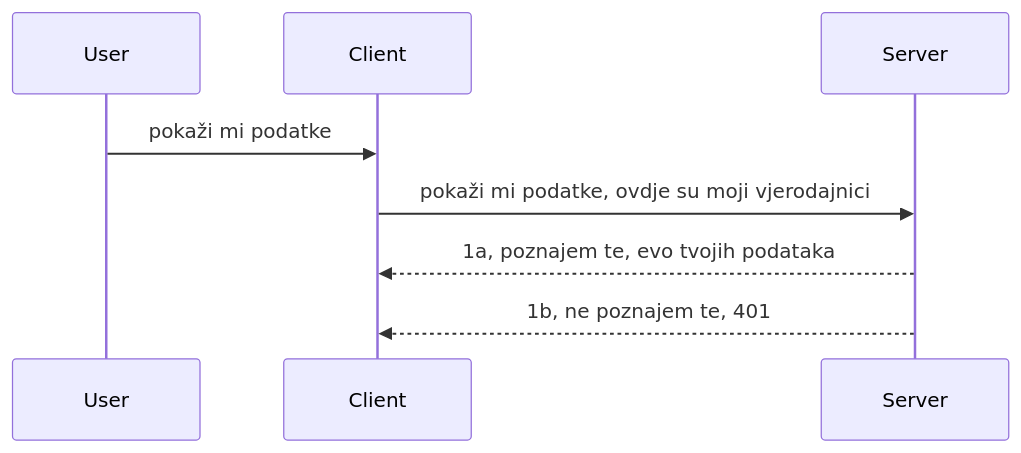
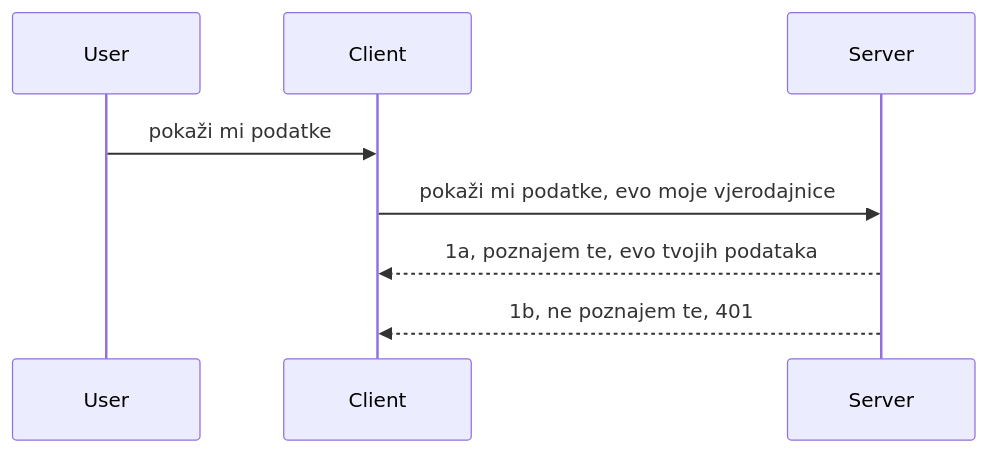
One commit to HIDORAKAI002/ai-workspace-archive changed the diagram in mcp_ecosystem__model_context_protocol/mcp_learning_resources/mcp-for-beginners/translations/hr/03-GettingStarted/11-simple-auth/README.md. Above: the diagram before and after it, drawn with Mermaid. The commit also changed other lines of this file and 1160 other files, not shown here.

````diff
--- a/mcp_ecosystem__model_context_protocol/mcp_learning_resources/mcp-for-beginners/translations/hr/03-GettingStarted/11-simple-auth/README.md
+++ b/mcp_ecosystem__model_context_protocol/mcp_learning_resources/mcp-for-beginners/translations/hr/03-GettingStarted/11-simple-auth/README.md
@@ -24,11 +24,11 @@
 ```mermaid
 sequenceDiagram
    participant User
    participant Client
    participant Server
 
    User->>Client: pokaži mi podatke
-   Client->>Server: pokaži mi podatke, ovdje su moji vjerodajnici
+   Client->>Server: pokaži mi podatke, evo moje vjerodajnice
    Server-->>Client: 1a, poznajem te, evo tvojih podataka
    Server-->>Client: 1b, ne poznajem te, 401 
 ```
````
